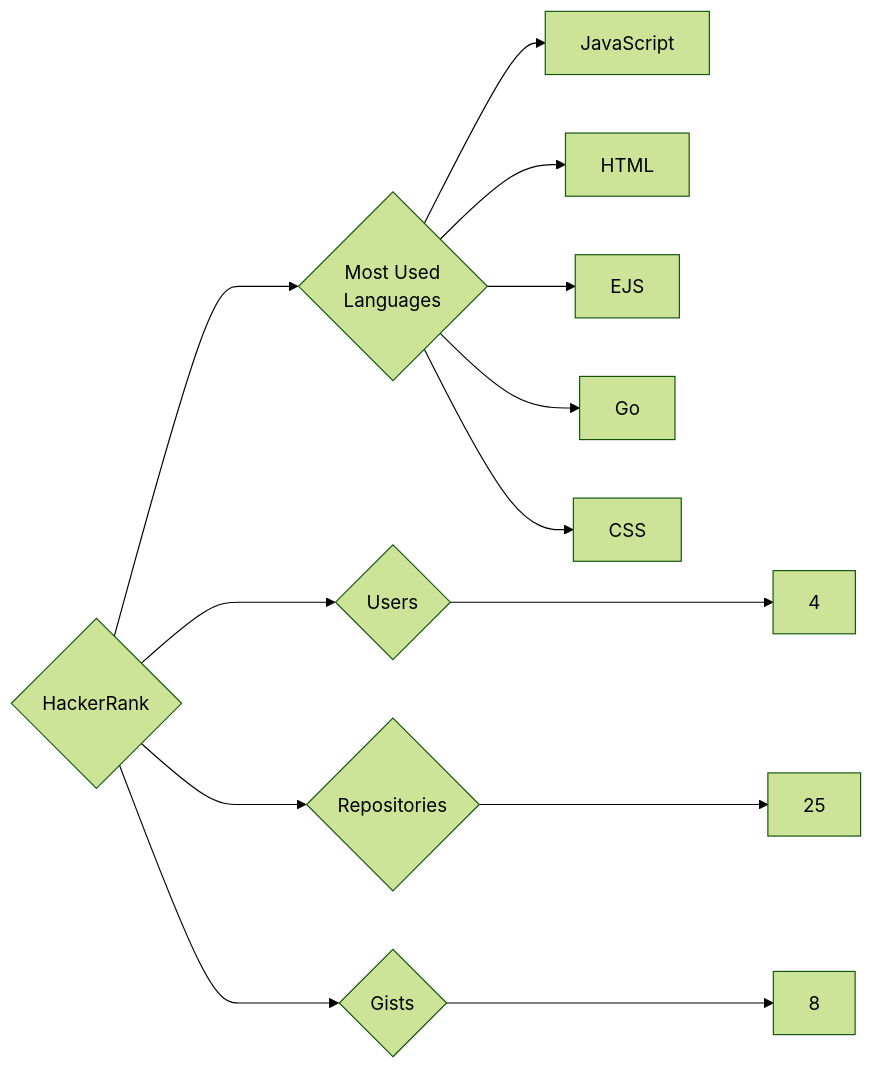
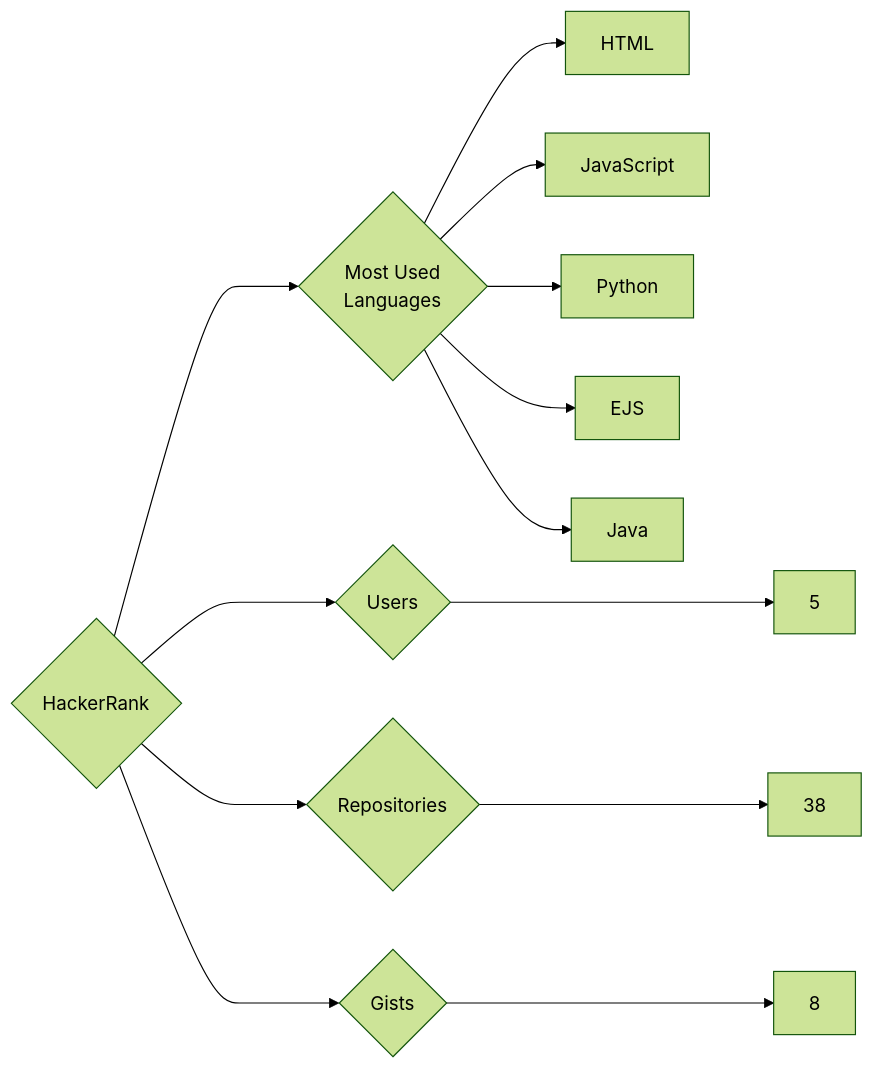
The diagram in targets/HackerRank/README.md (trickest/insiders), drawn with Mermaid (forest theme) before and after one commit. The commit also changed 693 other files, not shown here.

````diff
--- a/targets/HackerRank/README.md
+++ b/targets/HackerRank/README.md
@@ -3,13 +3,13 @@
 ```mermaid
 graph LR
 COMPANY_NAME{HackerRank}
-COMPANY_NAME ---> U{Users} ---> UN[4]
-COMPANY_NAME ---> R{Repositories} ---> RN[25]
+COMPANY_NAME ---> U{Users} ---> UN[5]
+COMPANY_NAME ---> R{Repositories} ---> RN[38]
 COMPANY_NAME ---> G{Gists} ---> GN[8]
 COMPANY_NAME ---> ML{Most Used<br>Languages}
+ML --> HTML[HTML]
 ML --> JavaScript[JavaScript]
-ML --> HTML[HTML]
+ML --> Python[Python]
 ML --> EJS[EJS]
-ML --> Go[Go]
-ML --> CSS[CSS]
+ML --> Java[Java]
 ```
````
